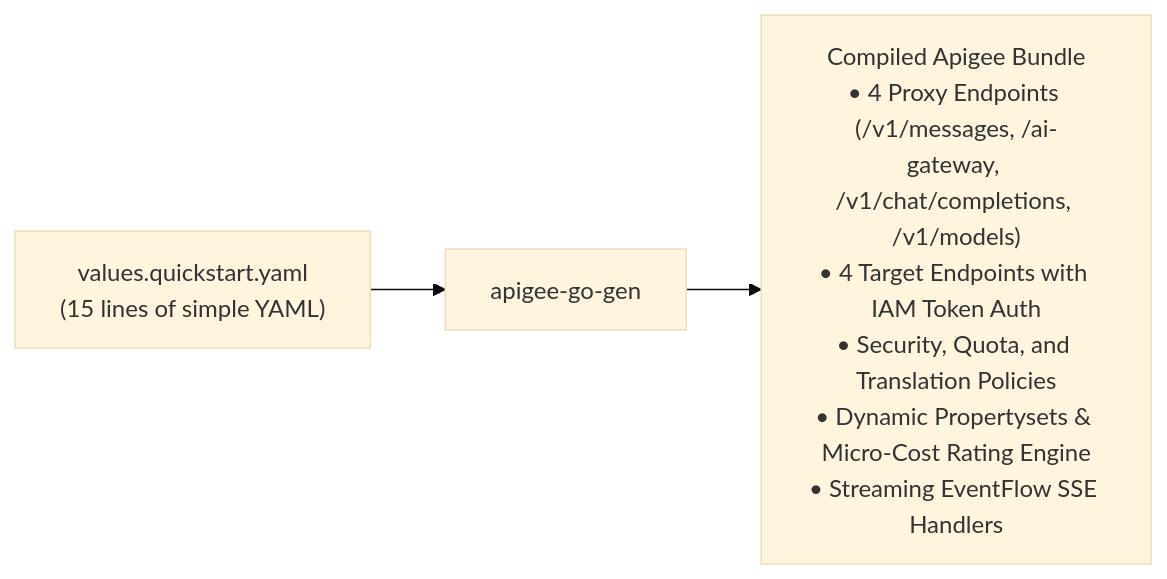
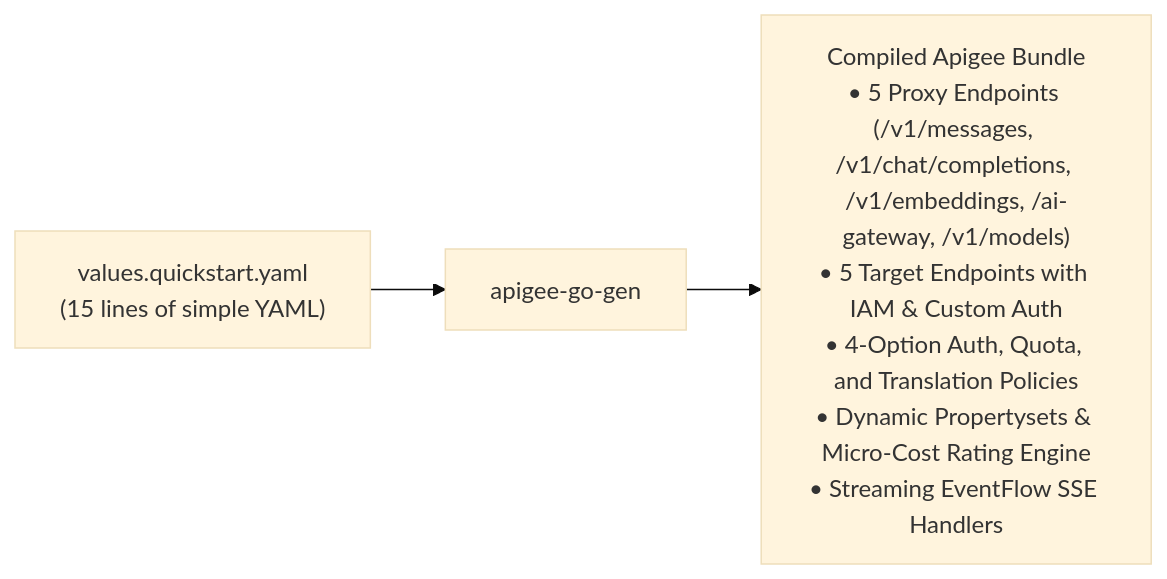
One commit to ra2085/ai-gw-sample changed the diagram in docs/getting-started/quickstart-template.md. Above: the diagram before and after it, drawn with Mermaid (base theme). The commit also changed other lines of this file and 137 other files, not shown here.

````diff
--- a/docs/getting-started/quickstart-template.md
+++ b/docs/getting-started/quickstart-template.md
@@ -63,9 +63,9 @@
 ```mermaid
 graph LR
     YAML["values.quickstart.yaml<br/>(15 lines of simple YAML)"]
     Engine["apigee-go-gen"]
-    Bundle["Compiled Apigee Bundle<br/>• 4 Proxy Endpoints (/v1/messages, /ai-gateway, /v1/chat/completions, /v1/models)<br/>• 4 Target Endpoints with IAM Token Auth<br/>• Security, Quota, and Translation Policies<br/>• Dynamic Propertysets & Micro-Cost Rating Engine<br/>• Streaming EventFlow SSE Handlers"]
+    Bundle["Compiled Apigee Bundle<br/>• 5 Proxy Endpoints (/v1/messages, /v1/chat/completions, /v1/embeddings, /ai-gateway, /v1/models)<br/>• 5 Target Endpoints with IAM & Custom Auth<br/>• 4-Option Auth, Quota, and Translation Policies<br/>• Dynamic Propertysets & Micro-Cost Rating Engine<br/>• Streaming EventFlow SSE Handlers"]
 
     YAML --> Engine
     Engine --> Bundle
 ```
````
